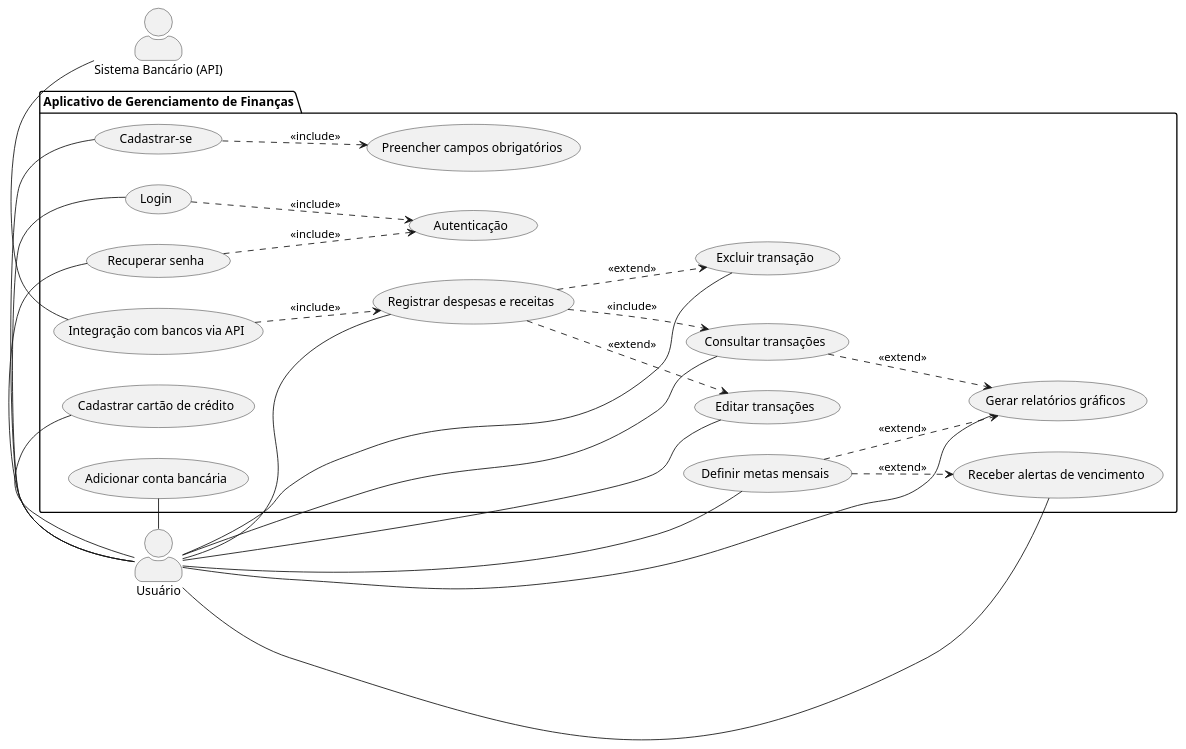
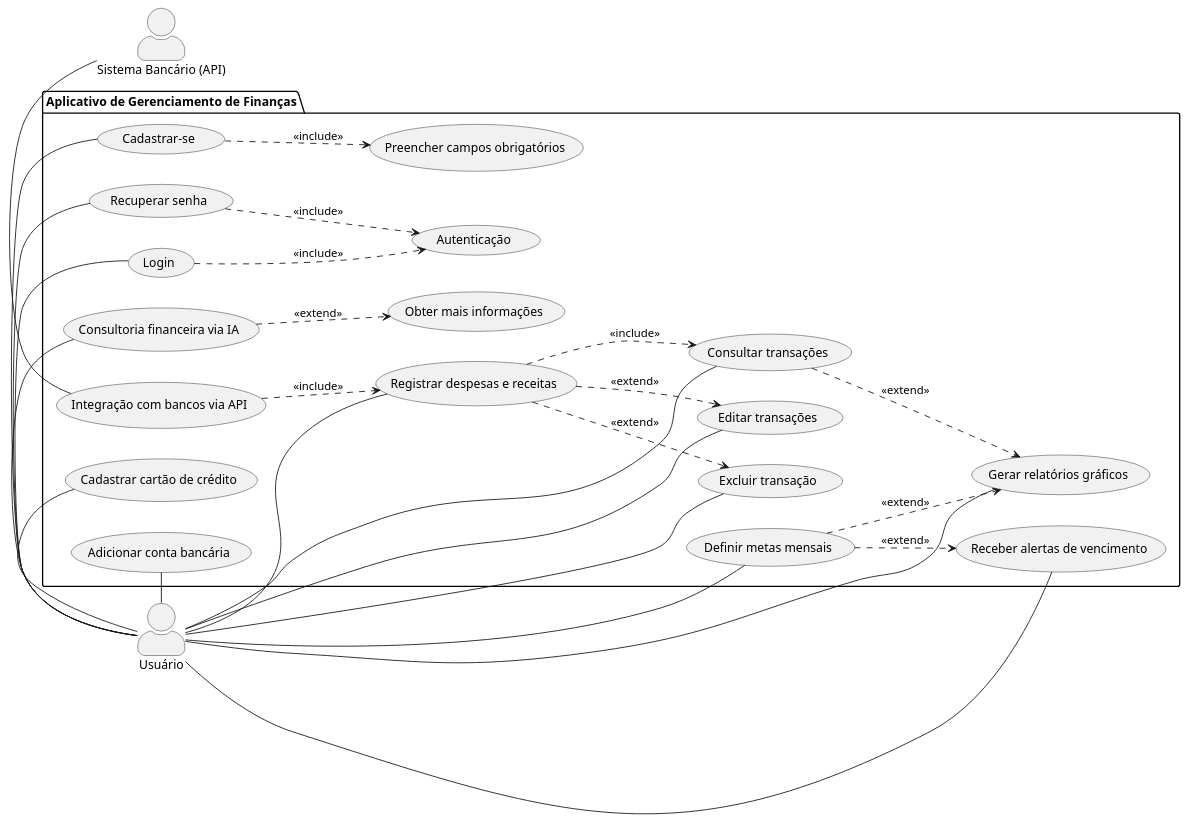
Before and after one commit to ClaraFelix667/finance-manager-a3: the diagram in diagrams/Diagrama_casos_uso.wsd, drawn with PlantUML. The commit also changed 5 other files, not shown here.

```diff
--- a/diagrams/Diagrama_casos_uso.wsd
+++ b/diagrams/Diagrama_casos_uso.wsd
@@ -1,55 +1,59 @@
 @startuml
 left to right direction
 skinparam actorStyle awesome
 
 actor "Usuário" as a1
 actor "Sistema Bancário (API)" as a2
 
 package "Aplicativo de Gerenciamento de Finanças" {
     usecase "Cadastrar-se" as UC1
     usecase "Login" as UC2
     usecase "Preencher campos obrigatórios" as UC3
     usecase "Recuperar senha" as UC4
     usecase "Autenticação" as UC5
     usecase "Adicionar conta bancária" as UC6
     usecase "Cadastrar cartão de crédito" as UC7
     usecase "Registrar despesas e receitas" as UC8
     usecase "Editar transações" as UC9
     usecase "Excluir transação" as UC10
     usecase "Consultar transações" as UC11
     usecase "Definir metas mensais" as UC12
     usecase "Gerar relatórios gráficos" as UC13
     usecase "Receber alertas de vencimento" as UC14
     usecase "Integração com bancos via API" as UC15
+    usecase "Consultoria financeira via IA" as UC16
+    usecase "Obter mais informações" as UC17
 }
 
 ' Conexões com Usuário
 a1 - UC1
 a1 - UC2
 a1 - UC4
 a1 - UC6
 a1 - UC7
 a1 - UC8
 a1 - UC9
 a1 - UC10
 a1 - UC11
 a1 - UC12
 a1 - UC13
 a1 - UC14
+a1 - UC16
 
 ' Conexão com sistema bancário
 a2 - UC15
 
 ' Relações entre casos de uso
 UC1 ..> UC3 : <<include>>
 UC2 ..> UC5 : <<include>>
 UC4 ..> UC5 : <<include>>
 UC8 ..> UC9 : <<extend>>
 UC8 ..> UC10 : <<extend>>
 UC8 ..> UC11 : <<include>>
 UC11 ..> UC13 : <<extend>>
 UC12 ..> UC13 : <<extend>>
 UC12 ..> UC14 : <<extend>>
 UC15 ..> UC8 : <<include>>
+UC16 ..> UC17 : <<extend>>
 
 @enduml
```
